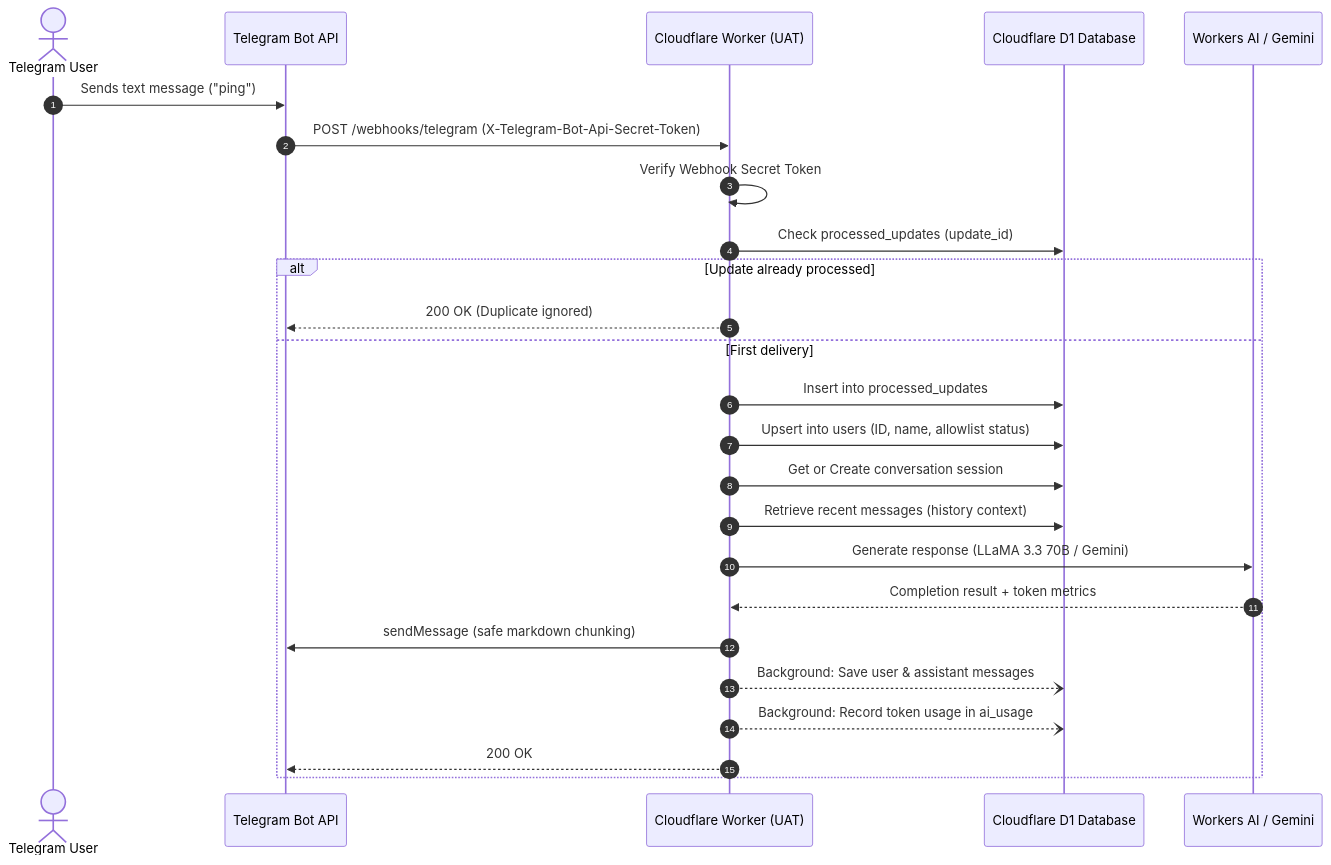
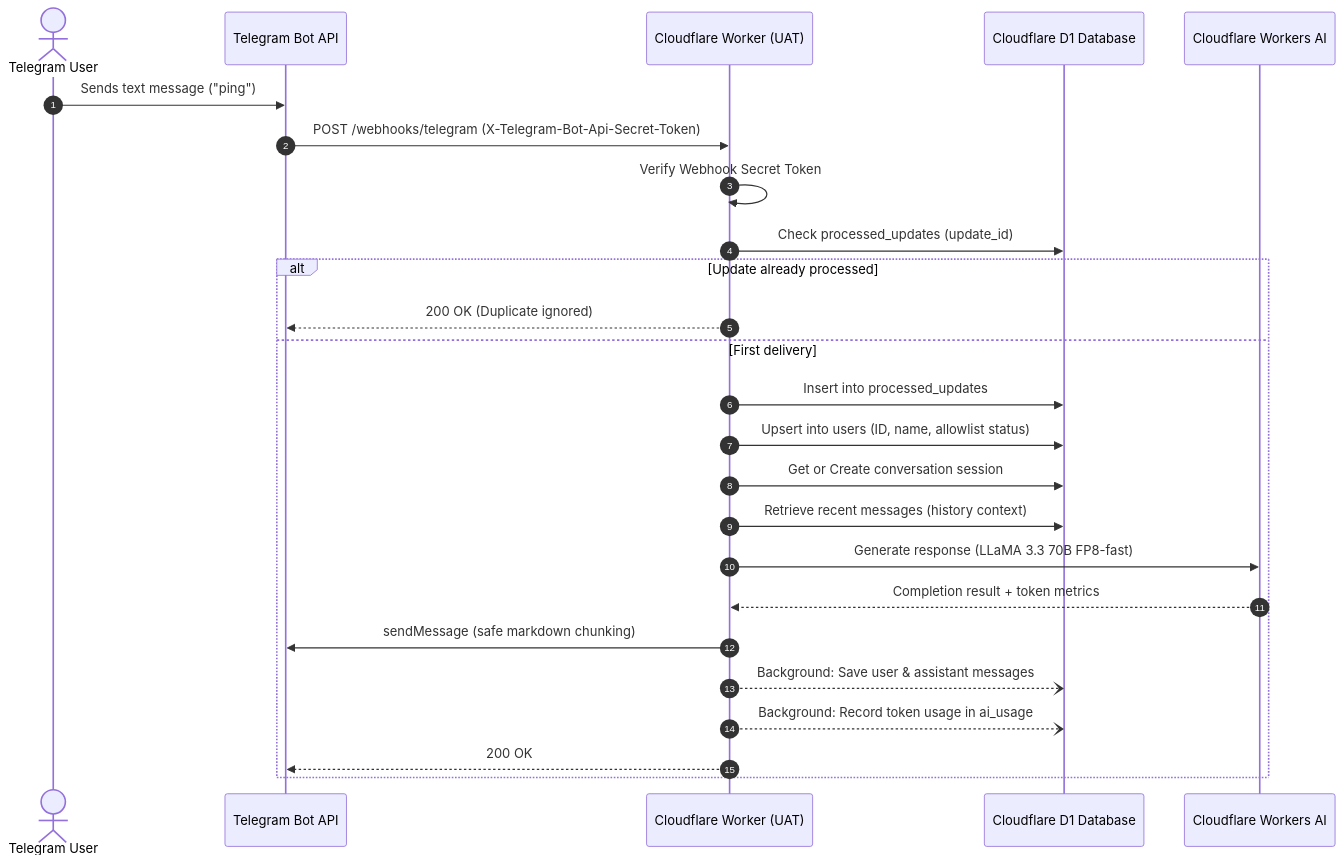
One commit to ppiyushhhhh/telegram-ai-agent changed the diagram in README.md. Above: the diagram before and after it, drawn with Mermaid. The commit also changed other lines of this file and 20 other files, not shown here.

Commit message:
feat: migrate to Cloudflare Workers AI as sole provider (Llama 3.3 70B & fallbacks)

````diff
--- a/README.md
+++ b/README.md
@@ -282,28 +292,28 @@
 ```mermaid
 sequenceDiagram
     autonumber
     actor User as Telegram User
     participant TG as Telegram Bot API
     participant Worker as Cloudflare Worker (UAT)
     participant D1 as Cloudflare D1 Database
-    participant AI as Workers AI / Gemini
+    participant AI as Cloudflare Workers AI
 
     User->>TG: Sends text message ("ping")
     TG->>Worker: POST /webhooks/telegram (X-Telegram-Bot-Api-Secret-Token)
     Worker->>Worker: Verify Webhook Secret Token
     Worker->>D1: Check processed_updates (update_id)
     alt Update already processed
         Worker-->>TG: 200 OK (Duplicate ignored)
     else First delivery
         Worker->>D1: Insert into processed_updates
         Worker->>D1: Upsert into users (ID, name, allowlist status)
         Worker->>D1: Get or Create conversation session
         Worker->>D1: Retrieve recent messages (history context)
-        Worker->>AI: Generate response (LLaMA 3.3 70B / Gemini)
+        Worker->>AI: Generate response (LLaMA 3.3 70B FP8-fast)
         AI-->>Worker: Completion result + token metrics
         Worker->>TG: sendMessage (safe markdown chunking)
         Worker--)D1: Background: Save user & assistant messages
         Worker--)D1: Background: Record token usage in ai_usage
         Worker-->>TG: 200 OK
     end
 ```
````
